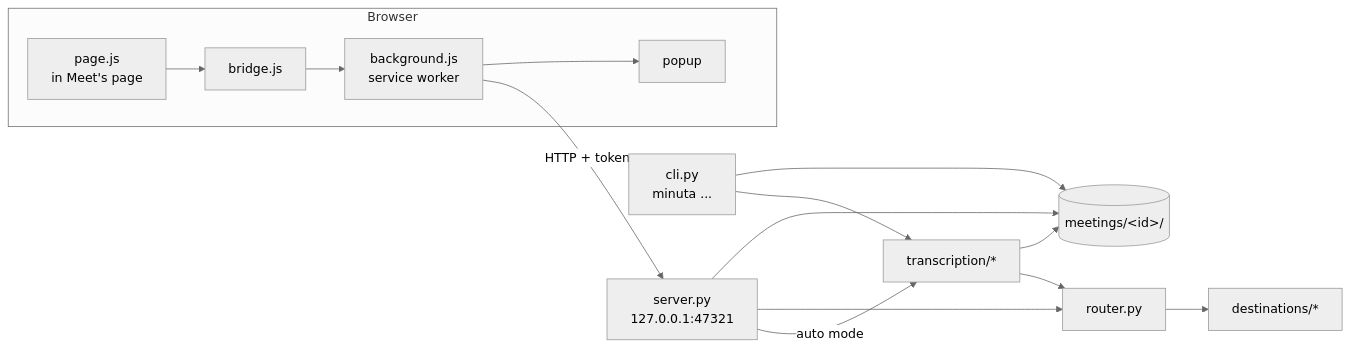
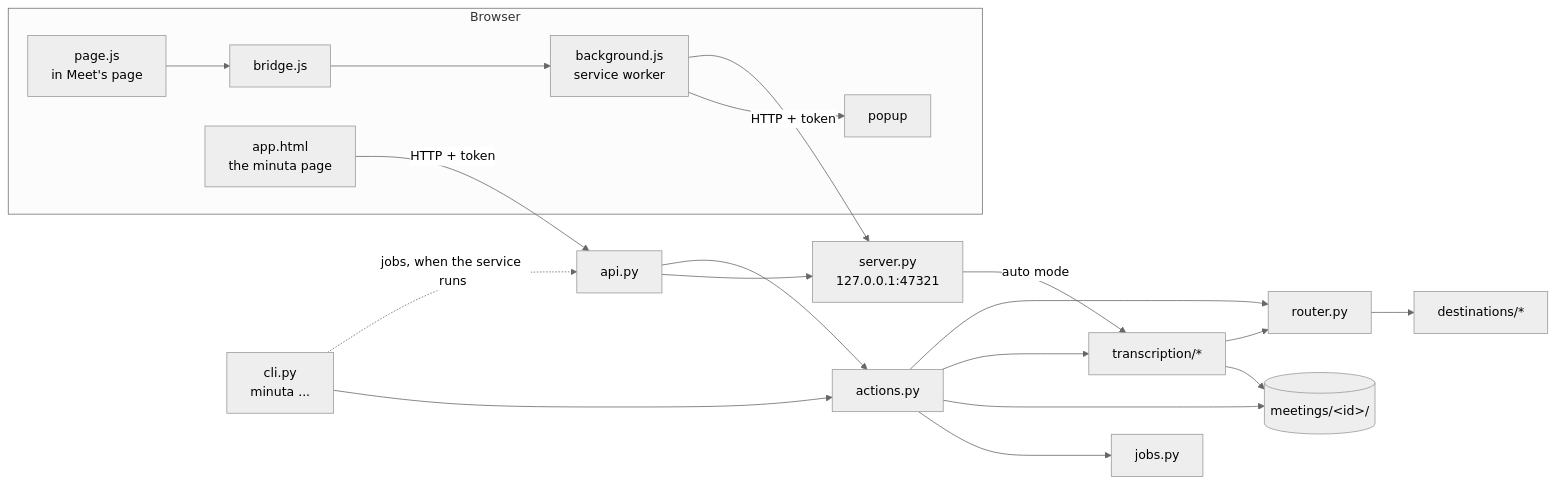
Before and after one commit to damianpeaf/minuta: the diagram in docs/architecture.md, drawn with Mermaid (neutral theme). The commit also changed other lines of this file and 3 other files, not shown here.

Commit message:
docs: describe the minuta page, the API and the jobs behind it

````diff
--- a/docs/architecture.md
+++ b/docs/architecture.md
@@ -6,16 +6,22 @@
 ```mermaid
 flowchart LR
     subgraph Browser
       P[page.js<br/>in Meet's page] --> B[bridge.js] --> SW[background.js<br/>service worker]
       SW --> UI[popup]
+      APP[app.html<br/>the minuta page]
     end
     SW -->|HTTP + token| S[server.py<br/>127.0.0.1:47321]
-    S --> M[(meetings/&lt;id&gt;/)]
-    S --> R[router.py]
+    APP -->|HTTP + token| API[api.py]
+    API --> S
+    API --> A[actions.py]
+    CLI[cli.py<br/>minuta ...] --> A
+    CLI -.->|jobs, when the service runs| API
+    A --> J[jobs.py]
+    A --> M[(meetings/&lt;id&gt;/)]
+    A --> T[transcription/*]
+    A --> R[router.py]
     R --> D[destinations/*]
-    CLI[cli.py<br/>minuta ...] --> M
-    CLI --> T[transcription/*]
     S -->|auto mode| T
     T --> M
     T --> R
 ```
````
